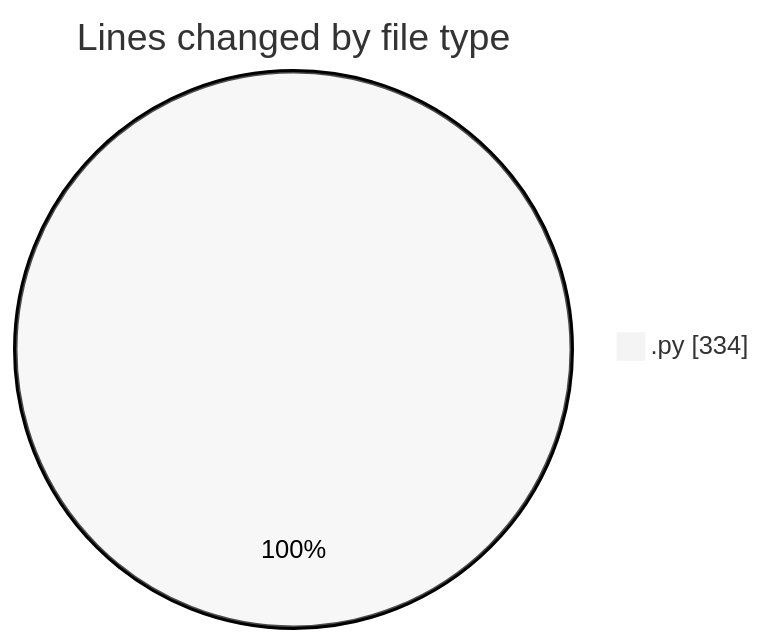
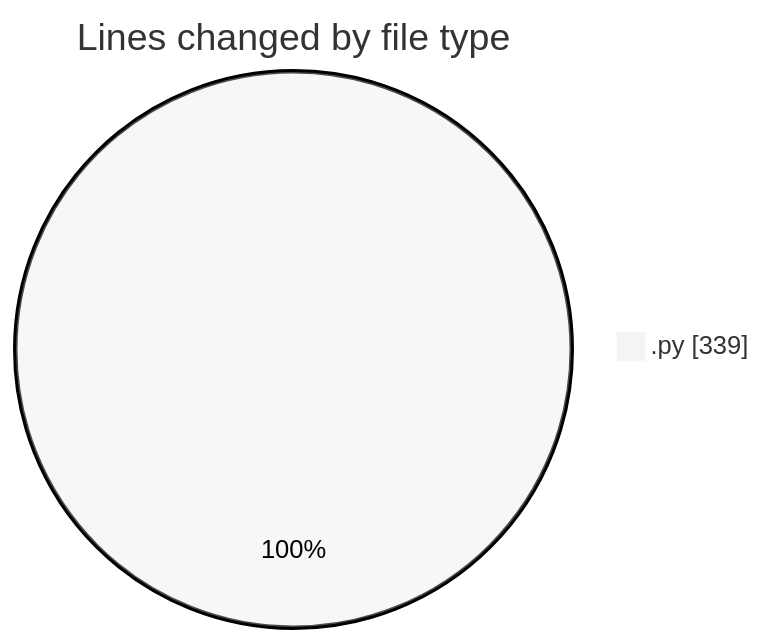
Before and after one commit to hasnaa123/code-tracking: the first of 2 diagrams in 2026-03-03/student_performance_system/README.md, drawn with Mermaid (neutral theme). The commit also changed other lines of this file and 1 other file, not shown here.

````diff
--- a/2026-03-03/student_performance_system/README.md
+++ b/2026-03-03/student_performance_system/README.md
@@ -20,5 +20,5 @@
 ```mermaid
 pie showData
 title Lines changed by file type
-".py" : 334
+".py" : 339
 ```
````
